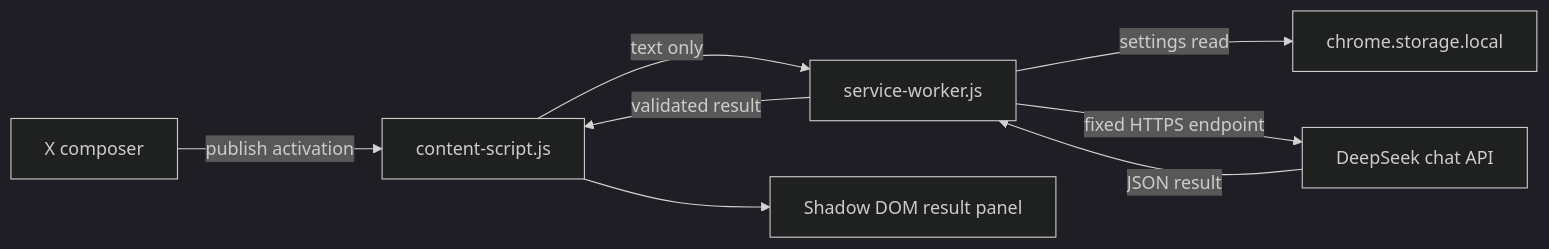
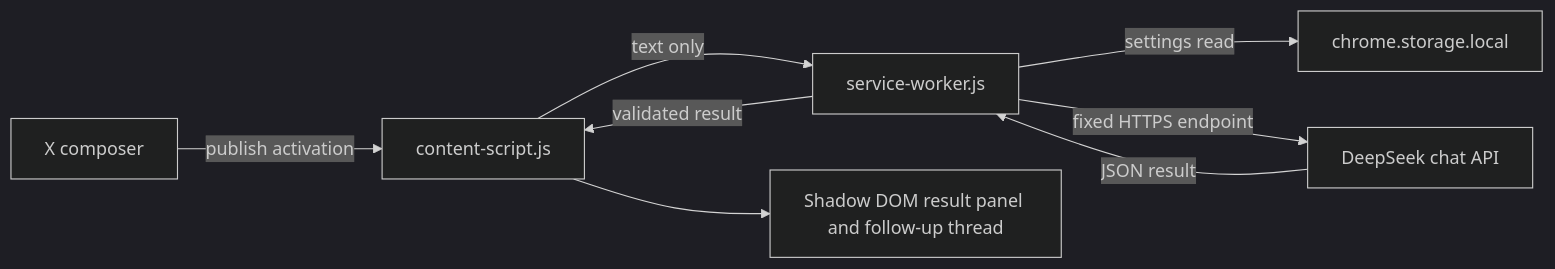
Before and after one commit to ismaelvega/clearpost: the diagram in docs/architecture.md, drawn with Mermaid (dark theme). The commit also changed other lines of this file and 12 other files, not shown here.

````diff
--- a/docs/architecture.md
+++ b/docs/architecture.md
@@ -3,10 +3,10 @@
 ```mermaid
 flowchart LR
   A["X composer"] -->|publish activation| B["content-script.js"]
   B -->|text only| C["service-worker.js"]
   C -->|settings read| D["chrome.storage.local"]
   C -->|fixed HTTPS endpoint| E["DeepSeek chat API"]
   E -->|JSON result| C
   C -->|validated result| B
-  B --> F["Shadow DOM result panel"]
+  B --> F["Shadow DOM result panel and follow-up thread"]
 ```
````
